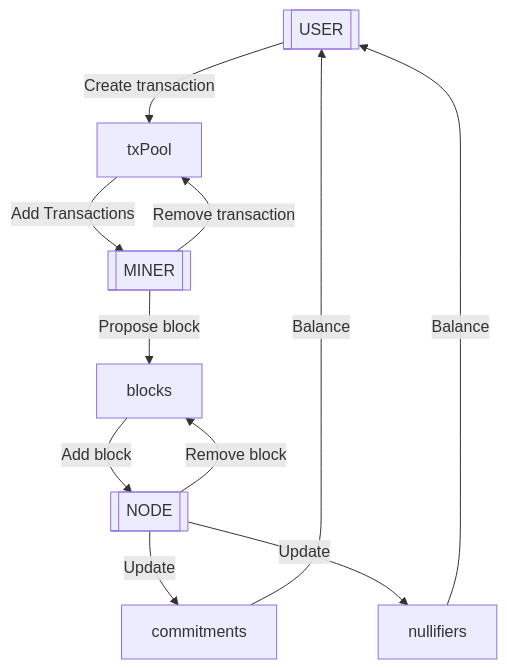
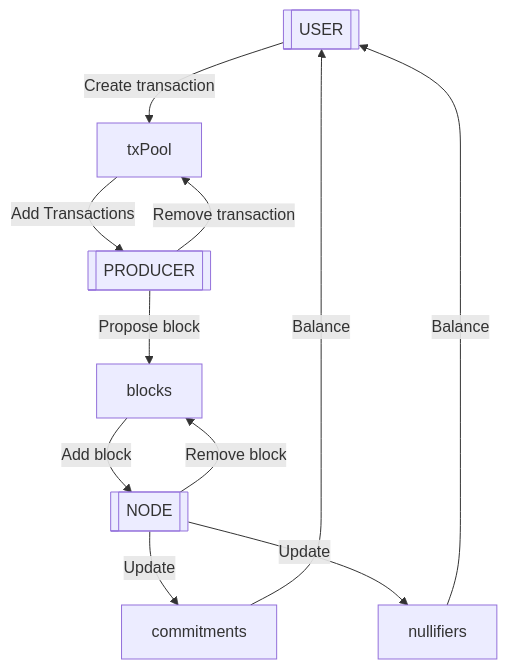
Before and after one commit to oxarbitrage/mini-zcash: the diagram in README.md, drawn with Mermaid. The commit also changed other lines of this file and 1 other file, not shown here.

Commit message:
change miner to producer

````diff
--- a/README.md
+++ b/README.md
@@ -25,16 +25,16 @@
 ```mermaid
 flowchart TD
 USER[[USER]] --> |Create transaction|txPool
-MINER[[MINER]] --> |Propose block|blocks
+PRODUCER[[PRODUCER]] --> |Propose block|blocks
 NODE[[NODE]] --> |Update|commitments
 NODE[[NODE]] --> |Update|nullifiers
 
-txPool --> |Add Transactions|MINER
+txPool --> |Add Transactions|PRODUCER
 blocks --> |Add block|NODE
 
-MINER --> |Remove transaction|txPool
+PRODUCER --> |Remove transaction|txPool
 NODE --> |Remove block|blocks
 
 nullifiers --> |Balance|USER
 commitments --> |Balance|USER
 ```
````
